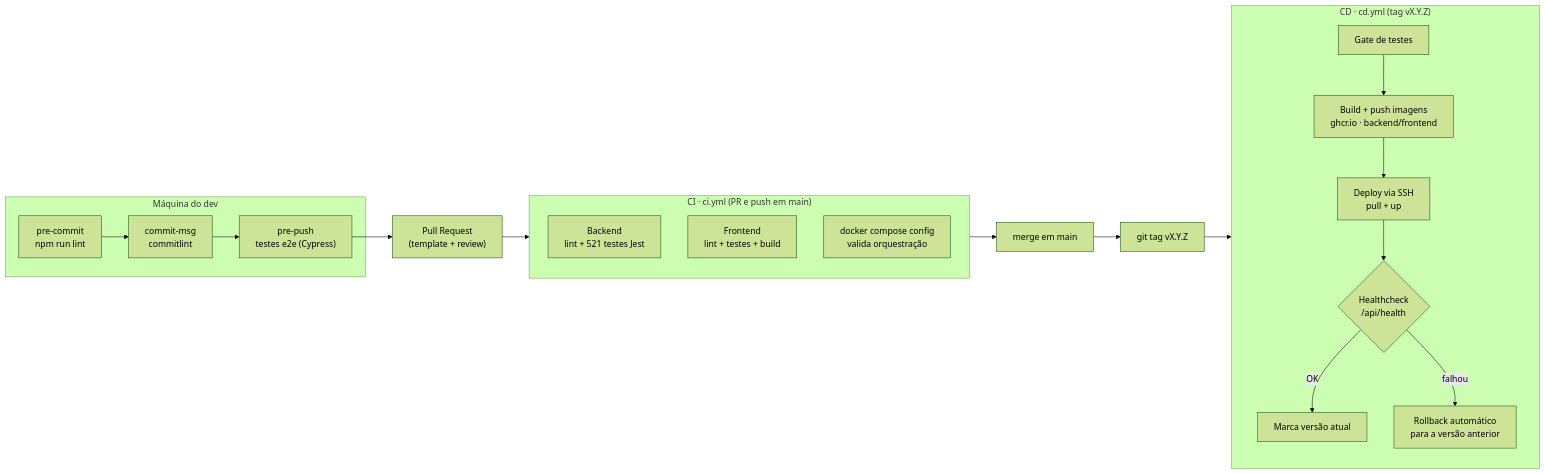
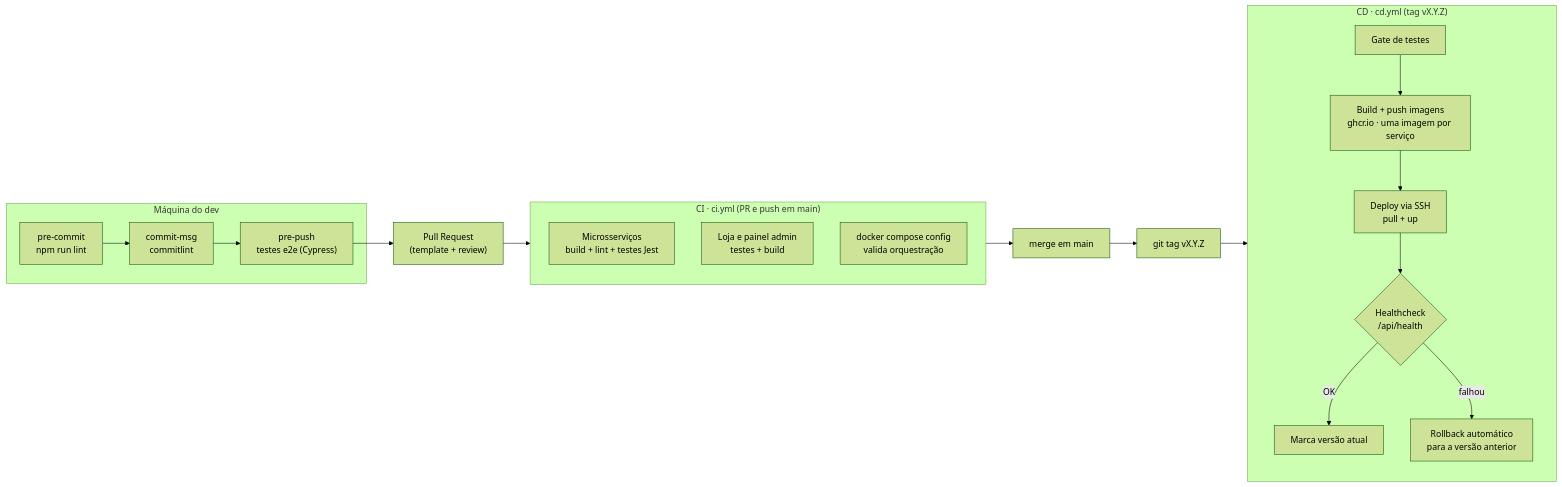
One commit to LuizZamzicki/agnus-composer changed the diagram in docs/arquitetura/entrega-continua.md. Above: the diagram before and after it, drawn with Mermaid (forest theme). The commit also changed other lines of this file and 16 other files, not shown here.

````diff
--- a/docs/arquitetura/entrega-continua.md
+++ b/docs/arquitetura/entrega-continua.md
@@ -5,17 +5,17 @@
 ```mermaid
 flowchart LR
     subgraph DEV["Máquina do dev"]
         H1["pre-commit<br/>npm run lint"] --> H2["commit-msg<br/>commitlint"] --> H3["pre-push<br/>testes e2e (Cypress)"]
     end
     subgraph CI["CI · ci.yml (PR e push em main)"]
-        B["Backend<br/>lint + 521 testes Jest"]
-        F["Frontend<br/>lint + testes + build"]
+        B["Microsserviços<br/>build + lint + testes Jest"]
+        F["Loja e painel admin<br/>testes + build"]
         C["docker compose config<br/>valida orquestração"]
     end
     subgraph CD["CD · cd.yml (tag vX.Y.Z)"]
-        T["Gate de testes"] --> P["Build + push imagens<br/>ghcr.io · backend/frontend"] --> D["Deploy via SSH<br/>pull + up"] --> V{"Healthcheck<br/>/api/health"}
+        T["Gate de testes"] --> P["Build + push imagens<br/>ghcr.io · uma imagem por serviço"] --> D["Deploy via SSH<br/>pull + up"] --> V{"Healthcheck<br/>/api/health"}
         V -- OK --> OK["Marca versão atual"]
         V -- falhou --> RB["Rollback automático<br/>para a versão anterior"]
     end
     H3 --> PR["Pull Request<br/>(template + review)"] --> CI --> M["merge em main"] --> TAG["git tag vX.Y.Z"] --> CD
 ```
````
